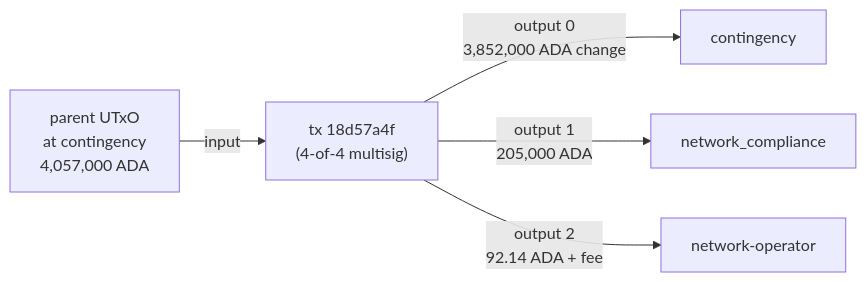
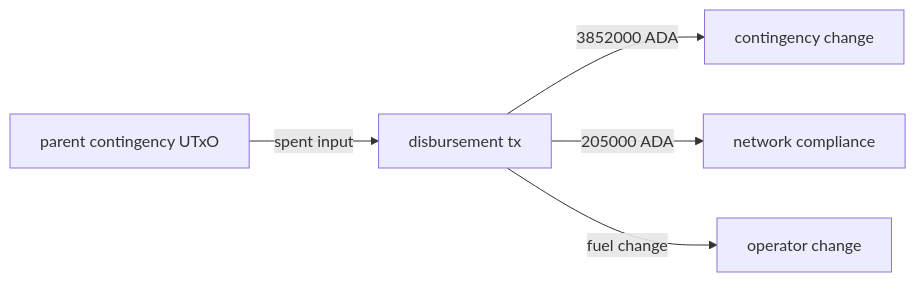
The fourth of 5 diagrams in docs/may-2026-amaru-lattice.md (lambdasistemi/cardano-tx-tools), drawn with Mermaid before and after one commit. The commit also changed other lines of this file and 17 other files, not shown here.

Commit message:
docs: add robust lattice diagrams

````diff
--- a/docs/may-2026-amaru-lattice.md
+++ b/docs/may-2026-amaru-lattice.md
@@ -331,7 +349,13 @@
 ```mermaid
 flowchart LR
-  parentUtxo["parent UTxO<br/>at contingency<br/>4,057,000 ADA"] -->|input| tx["tx 18d57a4f<br/>(4-of-4 multisig)"]
-  tx -->|output 0<br/>3,852,000 ADA change| cont["contingency"]
-  tx -->|"output 1<br/>205,000 ADA"| netcomp["network_compliance"]
-  tx -->|"output 2<br/>92.14 ADA + fee"| netop["network-operator"]
+  parent[parent contingency UTxO]
+  tx[disbursement tx]
+  cont[contingency change]
+  network[network compliance]
+  operator[operator change]
+
+  parent -->|spent input| tx
+  tx -->|3852000 ADA| cont
+  tx -->|205000 ADA| network
+  tx -->|fuel change| operator
 ```
````
